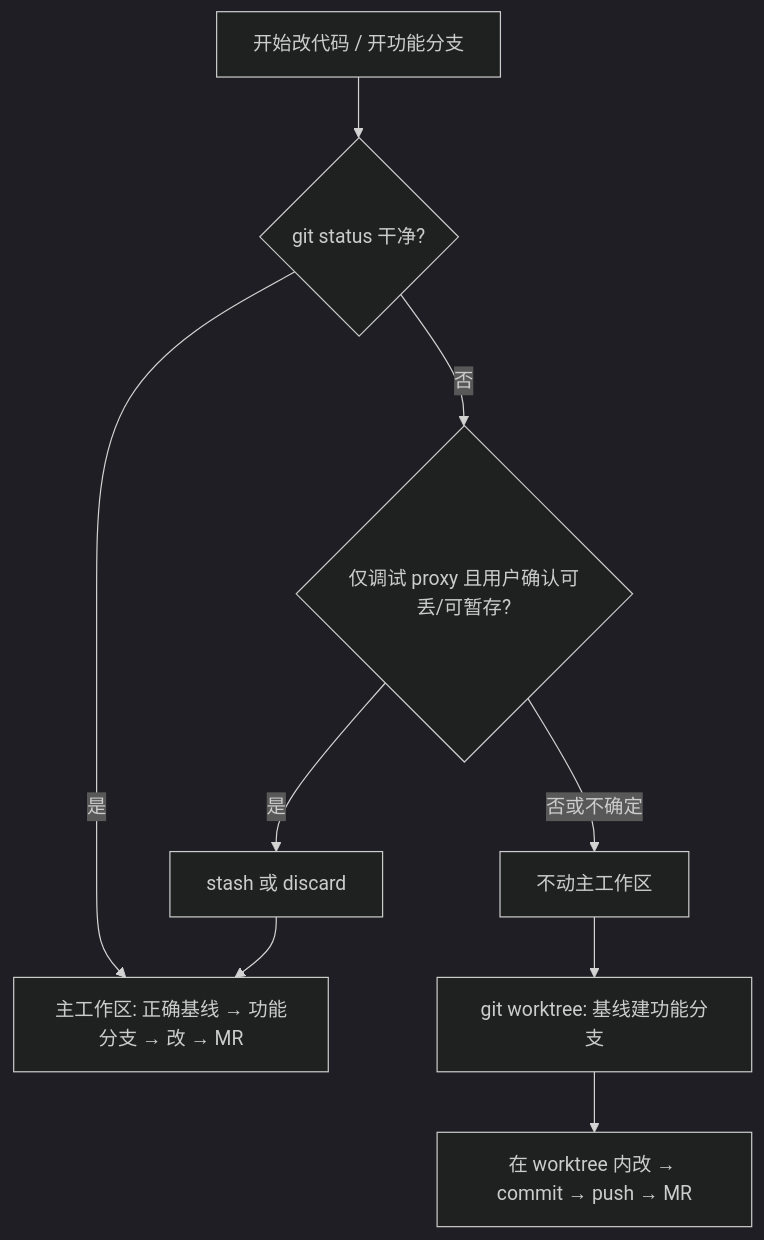
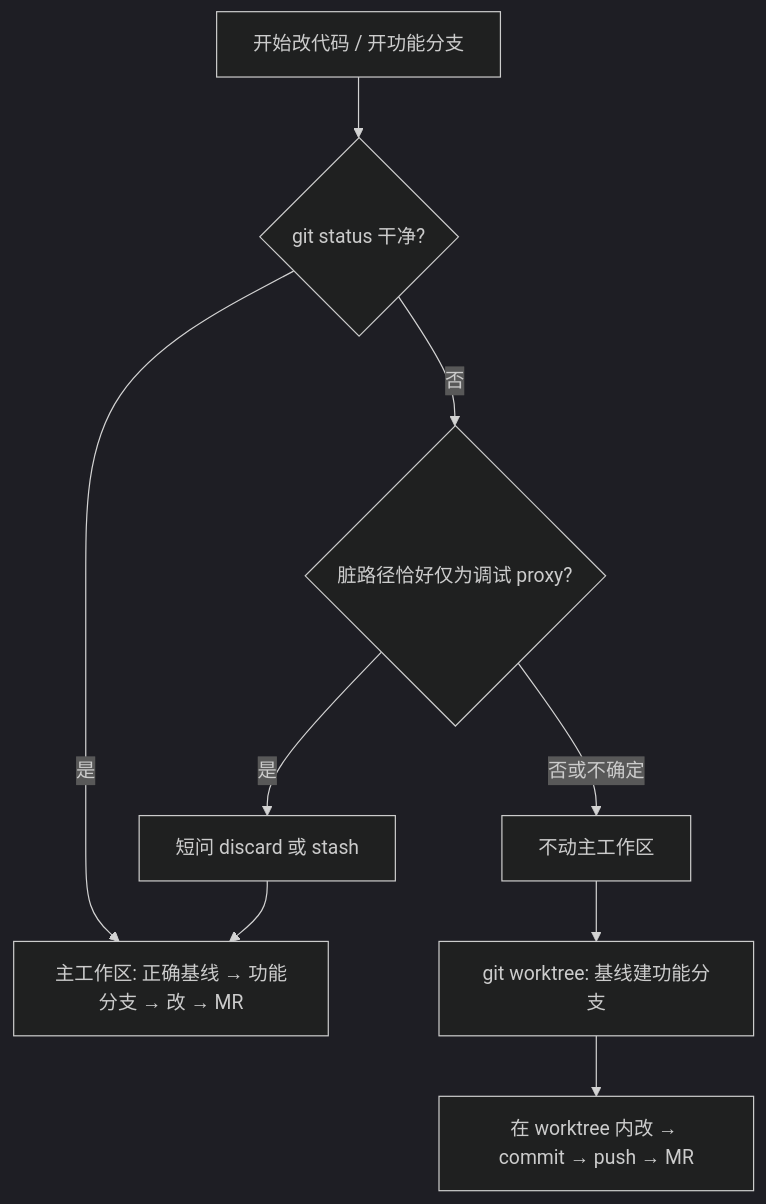
One commit to tserom/team-agent-standards changed the diagram in docs/standards/dirty-workspace-worktree.md. Above: the diagram before and after it, drawn with Mermaid (dark theme). The commit also changed other lines of this file and 4 other files, not shown here.

````diff
--- a/docs/standards/dirty-workspace-worktree.md
+++ b/docs/standards/dirty-workspace-worktree.md
@@ -17,10 +19,10 @@
 ```mermaid
 flowchart TD
   A[开始改代码 / 开功能分支] --> B{git status 干净?}
   B -->|是| C[主工作区: 正确基线 → 功能分支 → 改 → MR]
-  B -->|否| D{仅调试 proxy 且用户确认可丢/可暂存?}
-  D -->|是| E[stash 或 discard] --> C
+  B -->|否| D{脏路径恰好仅为调试 proxy?}
+  D -->|是| E[短问 discard 或 stash] --> C
   D -->|否或不确定| F[不动主工作区]
   F --> G[git worktree: 基线建功能分支]
   G --> H[在 worktree 内改 → commit → push → MR]
 ```
````
